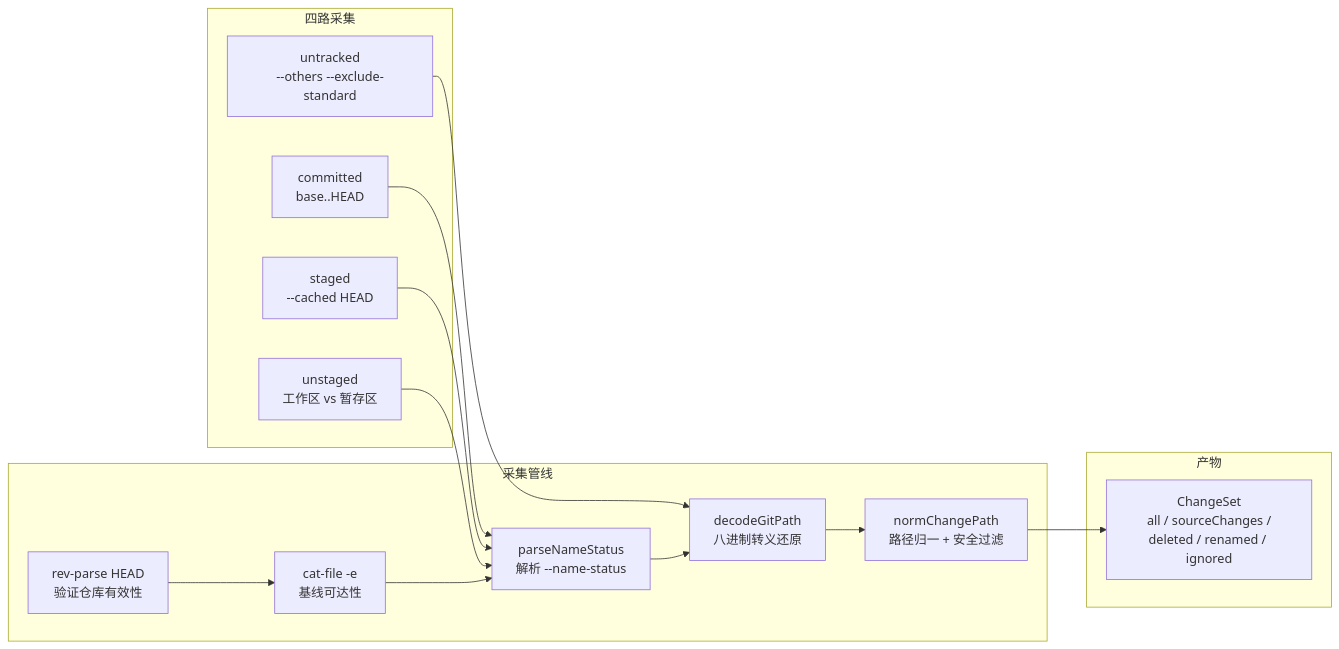
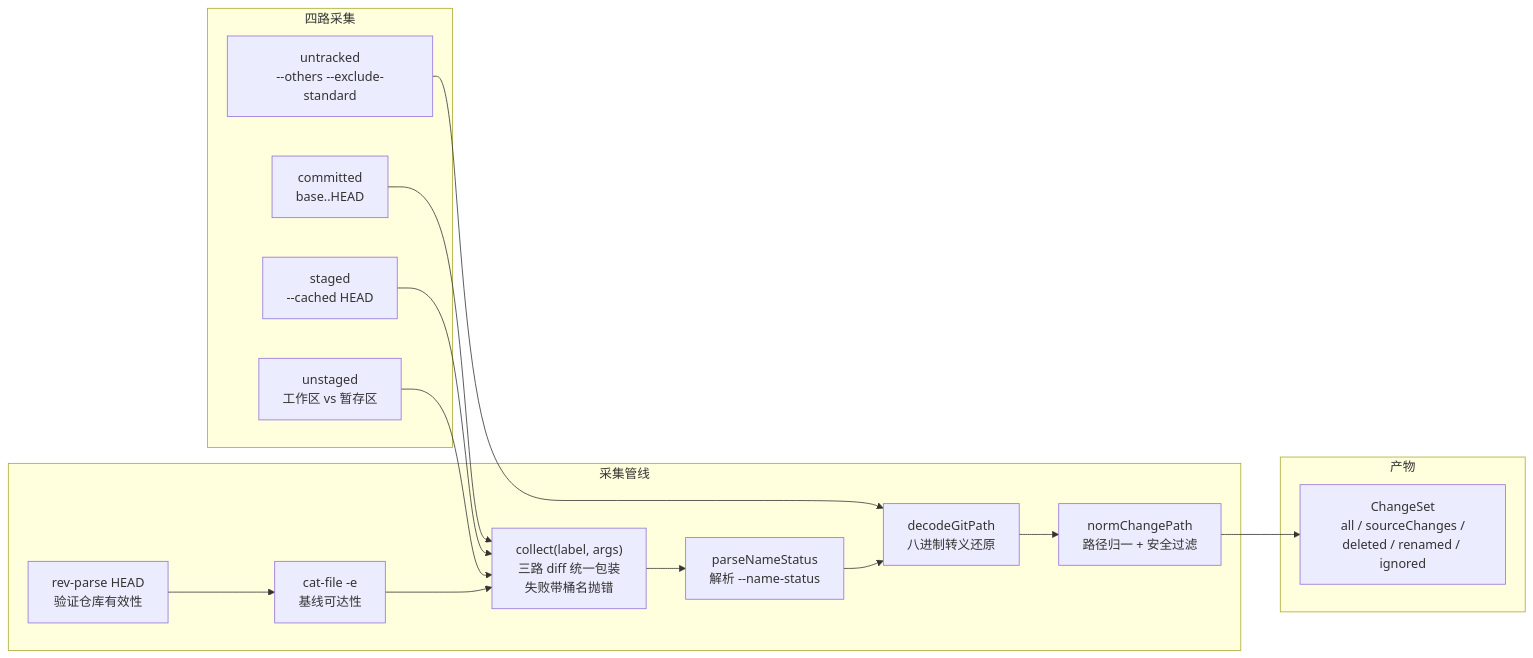
Before and after one commit to ikliml666/dsh-codewiki: the second of 5 diagrams in .codewiki/_techdocs/docs/Change_Set.md, drawn with Mermaid. The commit also changed other lines of this file and 70 other files, not shown here.

````diff
--- a/.codewiki/_techdocs/docs/Change_Set.md
+++ b/.codewiki/_techdocs/docs/Change_Set.md
@@ -56,31 +56,33 @@
 ```mermaid
 flowchart LR
     subgraph 四路采集
         D1["committed<br/>base..HEAD"]
         D2["staged<br/>--cached HEAD"]
         D3["unstaged<br/>工作区 vs 暂存区"]
         D4["untracked<br/>--others --exclude-standard"]
     end
 
     subgraph 采集管线
         P1["rev-parse HEAD<br/>验证仓库有效性"]
         P2["cat-file -e<br/>基线可达性"]
+        PC["collect(label, args)<br/>三路 diff 统一包装<br/>失败带桶名抛错"]
         P3["parseNameStatus<br/>解析 --name-status"]
         P4["normChangePath<br/>路径归一 + 安全过滤"]
         P5["decodeGitPath<br/>八进制转义还原"]
     end
 
     subgraph 产物
         OUT["ChangeSet<br/>all / sourceChanges /<br/>deleted / renamed / ignored"]
     end
 
-    D1 --> P3
-    D2 --> P3
-    D3 --> P3
+    D1 --> PC
+    D2 --> PC
+    D3 --> PC
     D4 --> P5
     P1 --> P2
-    P2 --> P3
+    P2 --> PC
+    PC --> P3
     P3 --> P5
     P5 --> P4
     P4 --> OUT
 ```
````
